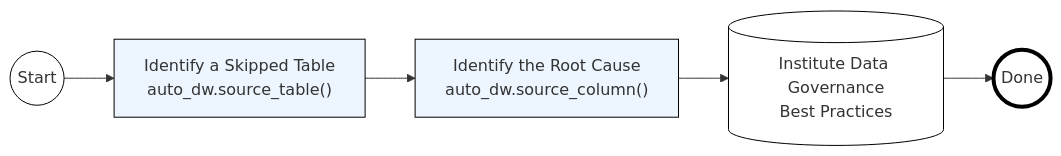
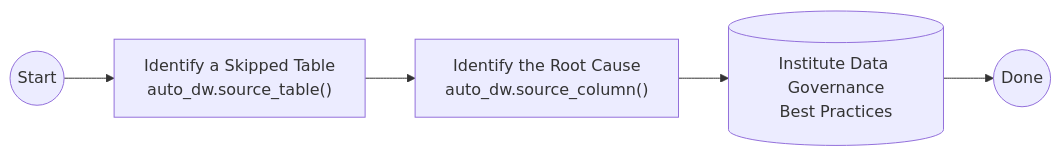
One commit to tembo-io/pg_auto_dw changed the second of 3 diagrams in README.md. Above: the diagram before and after it, drawn with Mermaid. The commit also changed other lines of this file, not shown here.

````diff
--- a/README.md
+++ b/README.md
@@ -115,12 +135,7 @@
 ```mermaid
 flowchart LR
     Start(("Start")) --> tbl["Identify a Skipped Table\nauto_dw.source_table()"]
     tbl --> col["Identify the Root Cause\nauto_dw.source_column()"]
     col --> DW[("Institute Data Governance\nBest Practices")]
     DW --> Done(("Done"))
-    style Start stroke-width:1px,fill:#FFFFFF,stroke:#000000
-    style tbl color:none,fill:#edf5ff,stroke:#000000
-    style col fill:#edf5ff,stroke:#000000
-    style DW fill:#FFFFFF,stroke:#000000
-    style Done stroke-width:4px,fill:#FFFFFF,stroke:#000000
 ```
````
